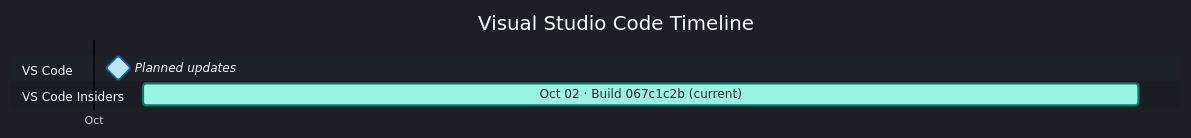
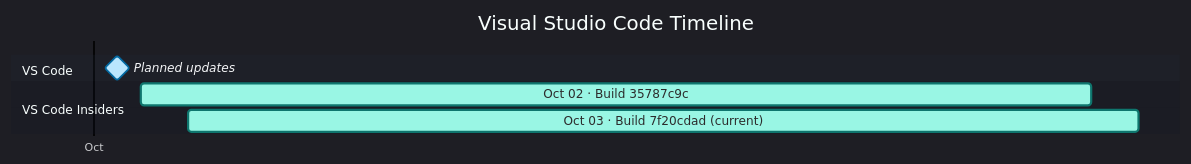
The diagram in docs/vscode.md (Oxelya-DevTools/VisualStudioUpdate), drawn with Mermaid before and after one commit. The commit also changed other lines of this file and 1 other file, not shown here.

````diff
--- a/docs/vscode.md
+++ b/docs/vscode.md
@@ -9,12 +9,13 @@
 ```mermaid
 %%{init: {'theme':'dark','themeVariables': { 'fontFamily': 'Segoe UI', 'fontSize': '24px', 'textColor': '#F3F4F6', 'titleTextColor': '#FFFFFF', 'taskTextColor': '#111827', 'taskTextLightColor': '#111827', 'taskTextOutsideColor': '#F3F4F6', 'taskBkgColor': '#BAE6FD', 'taskBorderColor': '#0369A1', 'doneTaskBkgColor': '#E9D5FF', 'doneTaskBorderColor': '#7E22CE', 'activeTaskBkgColor': '#99F6E4', 'activeTaskBorderColor': '#0F766E', 'critTaskBkgColor': '#FED7AA', 'critTaskBorderColor': '#C2410C', 'sectionBkgColor': '#1F2937', 'altSectionBkgColor': '#111827', 'gridColor': '#4B5563', 'todayLineColor': '#F87171' }}}%%
 gantt
     title Visual Studio Code Timeline
     dateFormat  YYYY-MM-DD
     axisFormat  %b
     tickInterval 1month
     section VS Code
     Planned updates : milestone, vscodeplanned, 2026-10-01, 1d
     section VS Code Insiders
-    Oct 02 · Build 067c1c2b (current) : active, vscodeinsiders202610020, 2026-10-02, 20d
+    Oct 02 · Build 35787c9c : active, vscodeinsiders202610020, 2026-10-02, 20d
+    Oct 03 · Build 7f20cdad (current) : active, vscodeinsiders202610031, 2026-10-03, 20d
 ```
````
